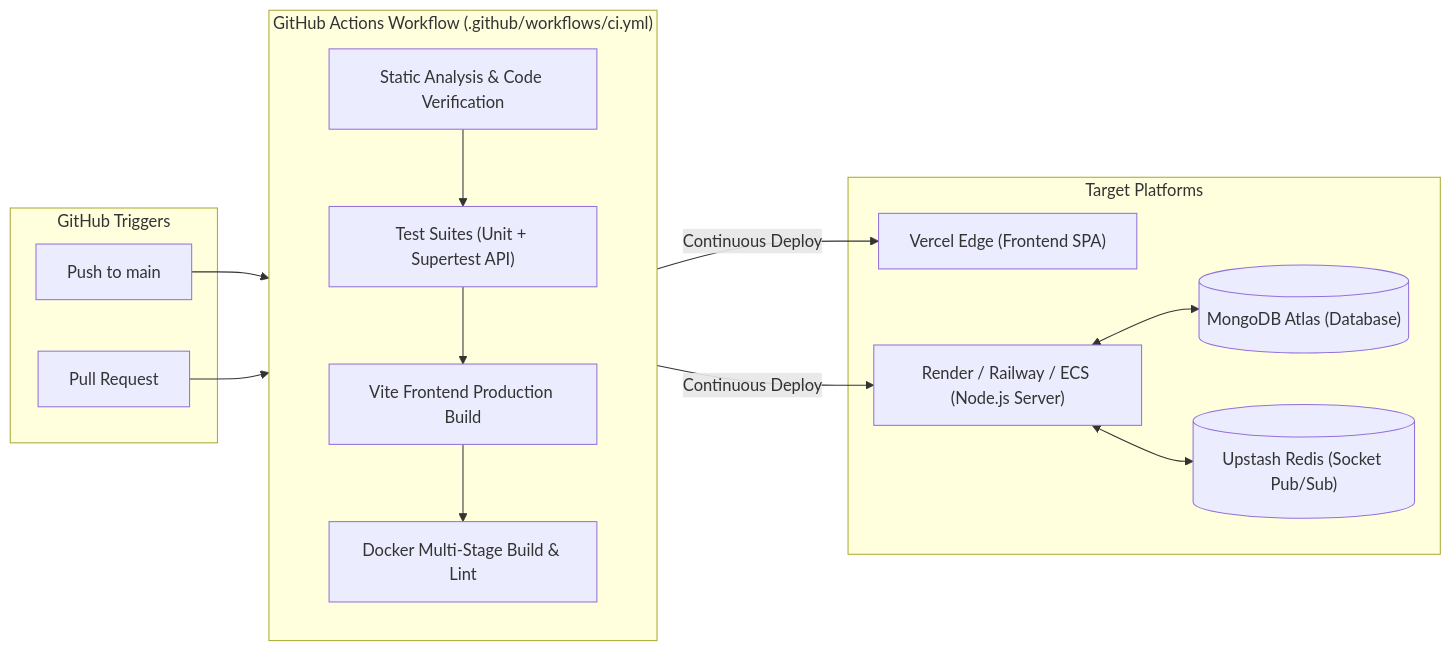
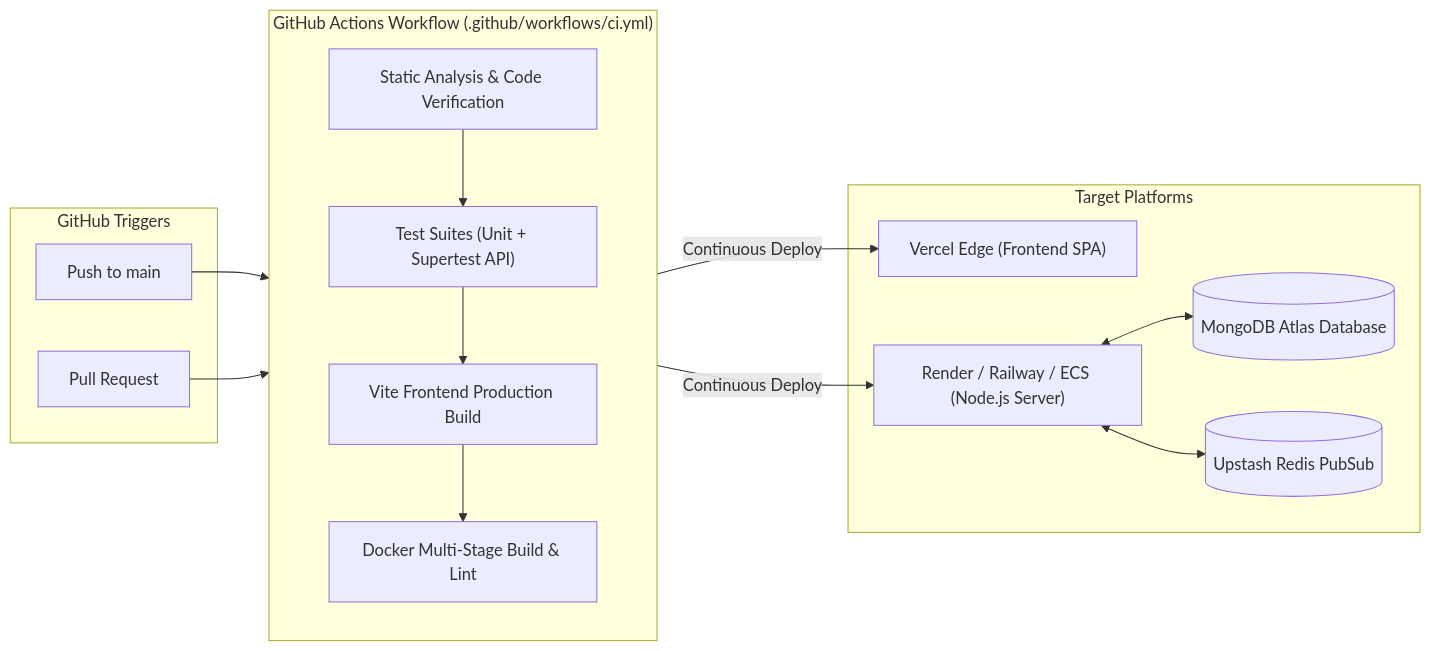
The fourth of 6 diagrams in README.md (Anu7276/CAFE_MANAGEMENT_SYSTEM), drawn with Mermaid before and after one commit. The commit also changed other lines of this file, not shown here.

Commit message:
docs(readme): sanitize mermaid sequence and flowchart syntax for github renderer

````diff
--- a/README.md
+++ b/README.md
@@ -324,30 +324,30 @@
 ```mermaid
 flowchart LR
     subgraph Trigger ["GitHub Triggers"]
         P1["Push to main"]
         P2["Pull Request"]
     end
 
     subgraph CI ["GitHub Actions Workflow (.github/workflows/ci.yml)"]
         direction TB
         LINT["Static Analysis & Code Verification"]
         TEST["Test Suites (Unit + Supertest API)"]
         BUILD["Vite Frontend Production Build"]
         DOCKER["Docker Multi-Stage Build & Lint"]
     end
 
     subgraph Registry ["Target Platforms"]
         VERCEL["Vercel Edge (Frontend SPA)"]
         RENDER["Render / Railway / ECS (Node.js Server)"]
-        ATLAS[("MongoDB Atlas (Database)")]
-        UPSTASH[("Upstash Redis (Socket Pub/Sub)")]
+        ATLAS[("MongoDB Atlas Database")]
+        UPSTASH[("Upstash Redis PubSub")]
     end
 
     P1 --> LINT
     P2 --> LINT
     LINT --> TEST --> BUILD --> DOCKER
     DOCKER -->|"Continuous Deploy"| VERCEL
     DOCKER -->|"Continuous Deploy"| RENDER
     RENDER <--> ATLAS
     RENDER <--> UPSTASH
 ```
````
